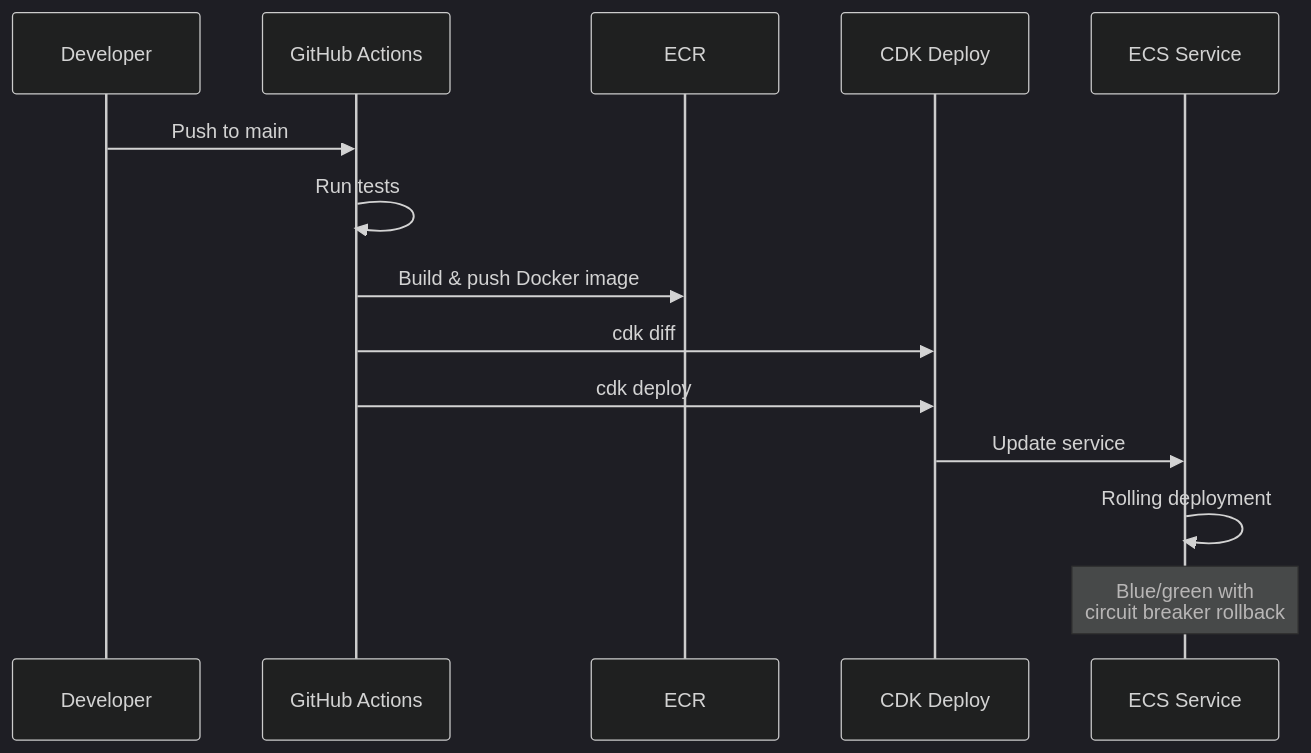
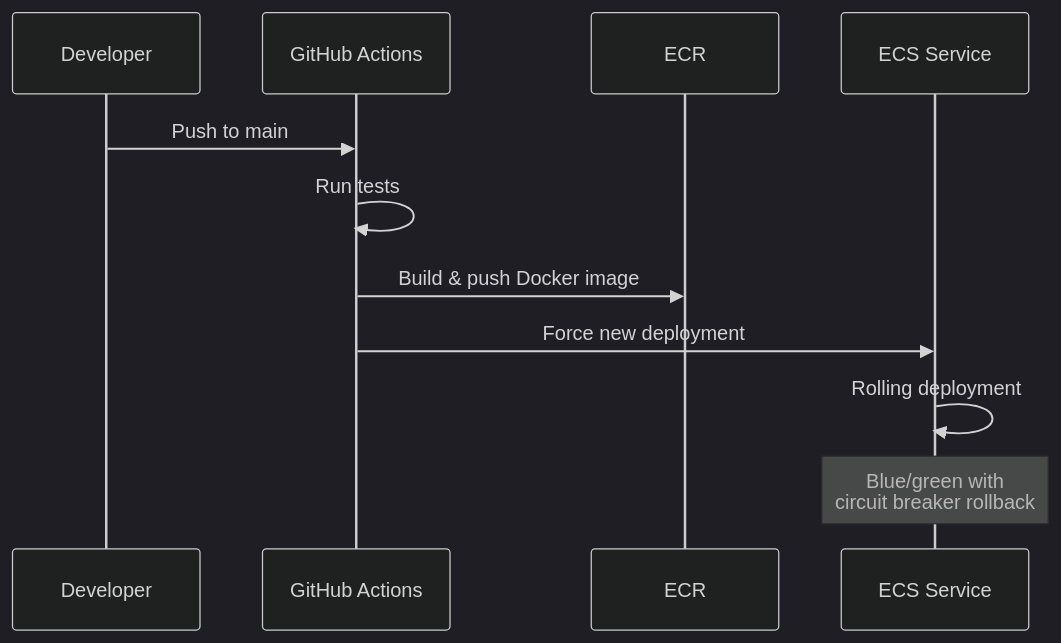
The tenth of 10 diagrams in docs/architecture/planned/aws-ecs-cdk.md (sofatutor/llm-proxy), drawn with Mermaid (dark theme) before and after one commit. The commit also changed other lines of this file, not shown here.

First line of the commit message:
Simplify to single stack CDK deployment

````diff
--- a/docs/architecture/planned/aws-ecs-cdk.md
+++ b/docs/architecture/planned/aws-ecs-cdk.md
@@ -387,17 +405,14 @@
 ```mermaid
 sequenceDiagram
     participant Dev as Developer
     participant GH as GitHub Actions
     participant ECR as ECR
-    participant CDK as CDK Deploy
     participant ECS as ECS Service
     
     Dev->>GH: Push to main
     GH->>GH: Run tests
     GH->>ECR: Build & push Docker image
-    GH->>CDK: cdk diff
-    GH->>CDK: cdk deploy
-    CDK->>ECS: Update service
+    GH->>ECS: Force new deployment
     ECS->>ECS: Rolling deployment
     Note over ECS: Blue/green with<br/>circuit breaker rollback
 ```
````
